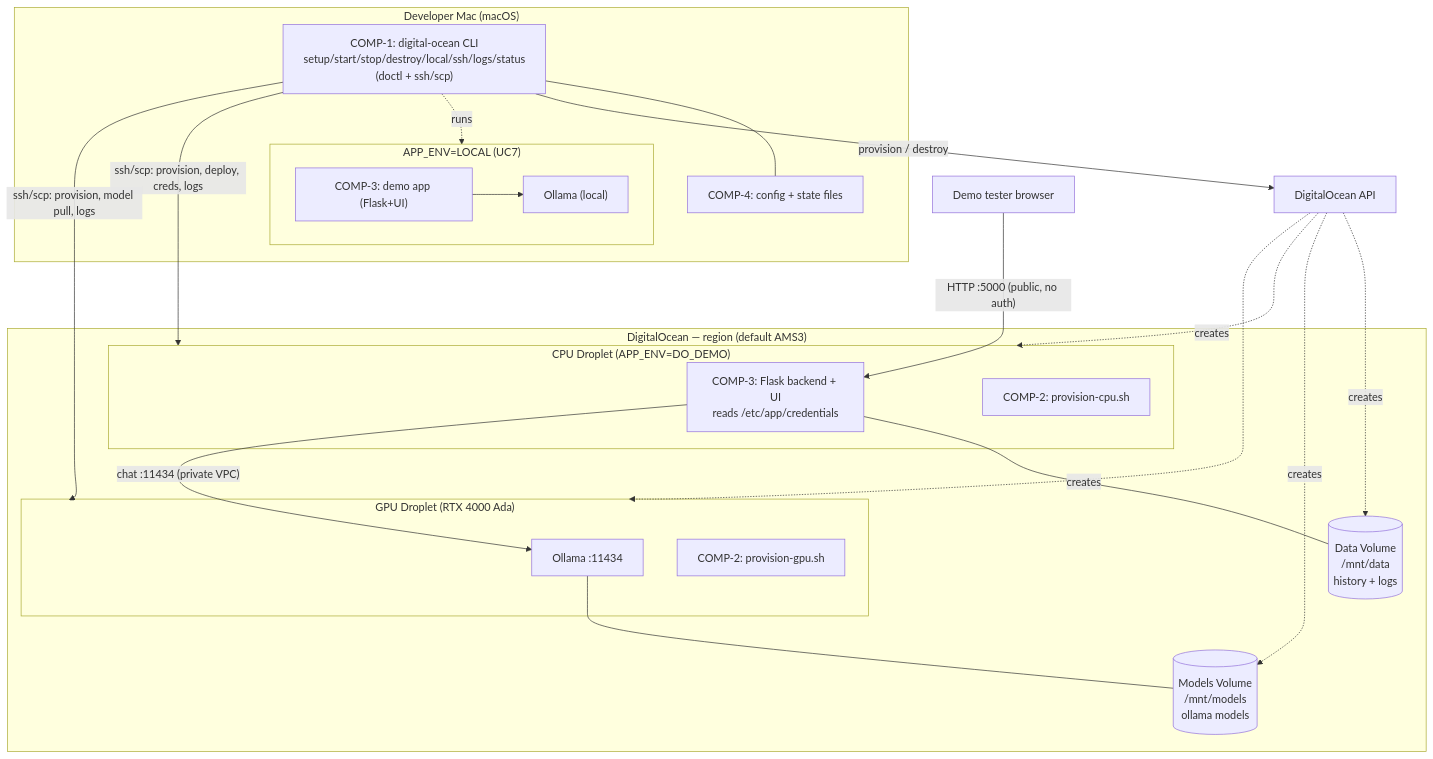
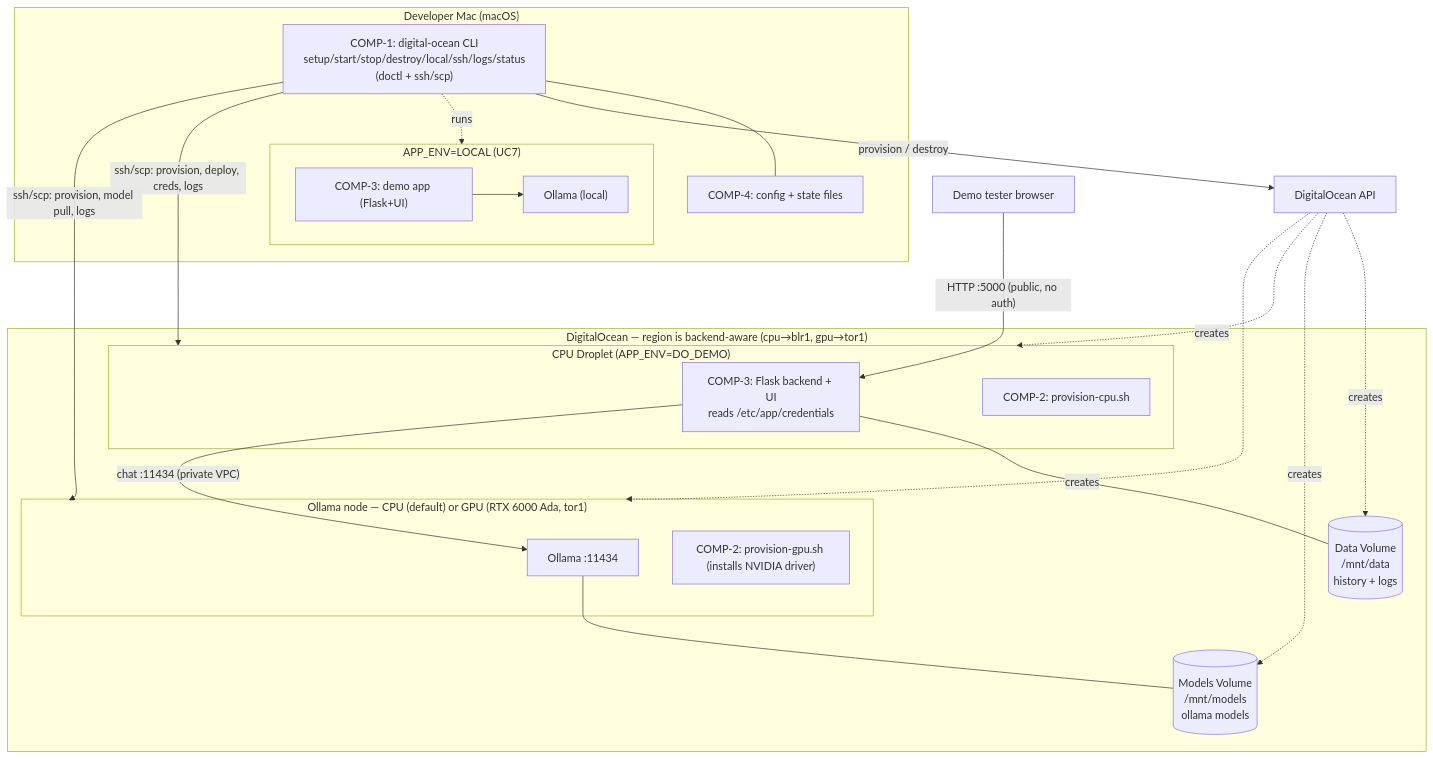
The diagram in architecture/overview.md (Sdaas/hello-digital-ocean), drawn with Mermaid before and after one commit. The commit also changed other lines of this file and 10 other files, not shown here.

First line of the commit message:
#17: GPU driver install + backend-aware region (blr1/tor1)

````diff
--- a/architecture/overview.md
+++ b/architecture/overview.md
@@ -57,39 +57,39 @@
 ```mermaid
 flowchart TB
   subgraph MAC["Developer Mac (macOS)"]
     CLI["COMP-1: digital-ocean CLI<br/>setup/start/stop/destroy/local/ssh/logs/status<br/>(doctl + ssh/scp)"]
     CFG["COMP-4: config + state files"]
     subgraph LOCALRUN["APP_ENV=LOCAL (UC7)"]
       LAPP["COMP-3: demo app (Flask+UI)"]
       LOLL["Ollama (local)"]
       LAPP --> LOLL
     end
     CLI --- CFG
     CLI -. runs .-> LOCALRUN
   end
 
-  subgraph DO["DigitalOcean — region (default AMS3)"]
+  subgraph DO["DigitalOcean — region is backend-aware (cpu→blr1, gpu→tor1)"]
     subgraph CPU["CPU Droplet (APP_ENV=DO_DEMO)"]
       APP["COMP-3: Flask backend + UI<br/>reads /etc/app/credentials"]
       PROVc["COMP-2: provision-cpu.sh"]
     end
-    subgraph GPU["GPU Droplet (RTX 4000 Ada)"]
+    subgraph GPU["Ollama node — CPU (default) or GPU (RTX 6000 Ada, tor1)"]
       OLL["Ollama :11434"]
-      PROVg["COMP-2: provision-gpu.sh"]
+      PROVg["COMP-2: provision-gpu.sh (installs NVIDIA driver)"]
     end
     VOLD[("Data Volume<br/>/mnt/data<br/>history + logs")]
     VOLM[("Models Volume<br/>/mnt/models<br/>ollama models")]
     APP --- VOLD
     OLL --- VOLM
     APP -->|"chat :11434 (private VPC)"| OLL
   end
 
   DOAPI["DigitalOcean API"]
   BROWSER["Demo tester browser"]
 
   CLI -->|"provision / destroy"| DOAPI
   DOAPI -. creates .-> CPU & GPU & VOLD & VOLM
   CLI -->|"ssh/scp: provision, deploy, creds, logs"| CPU
   CLI -->|"ssh/scp: provision, model pull, logs"| GPU
   BROWSER -->|"HTTP :5000 (public, no auth)"| APP
 ```
````
